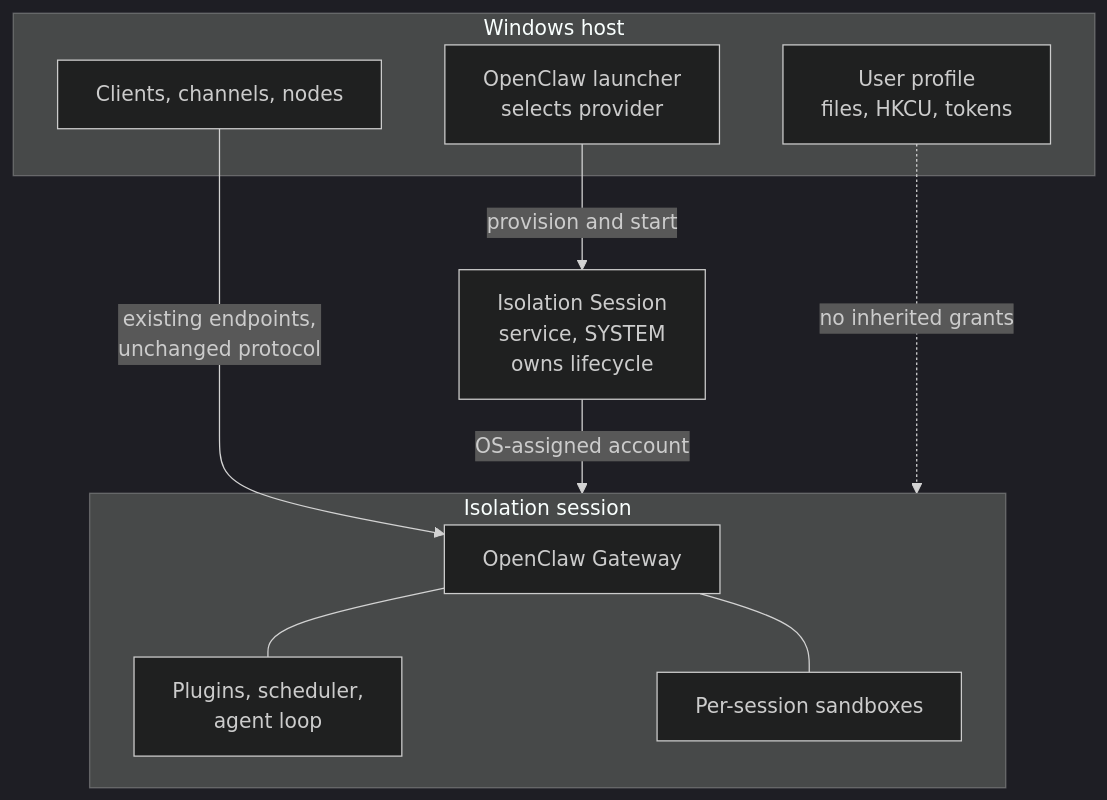
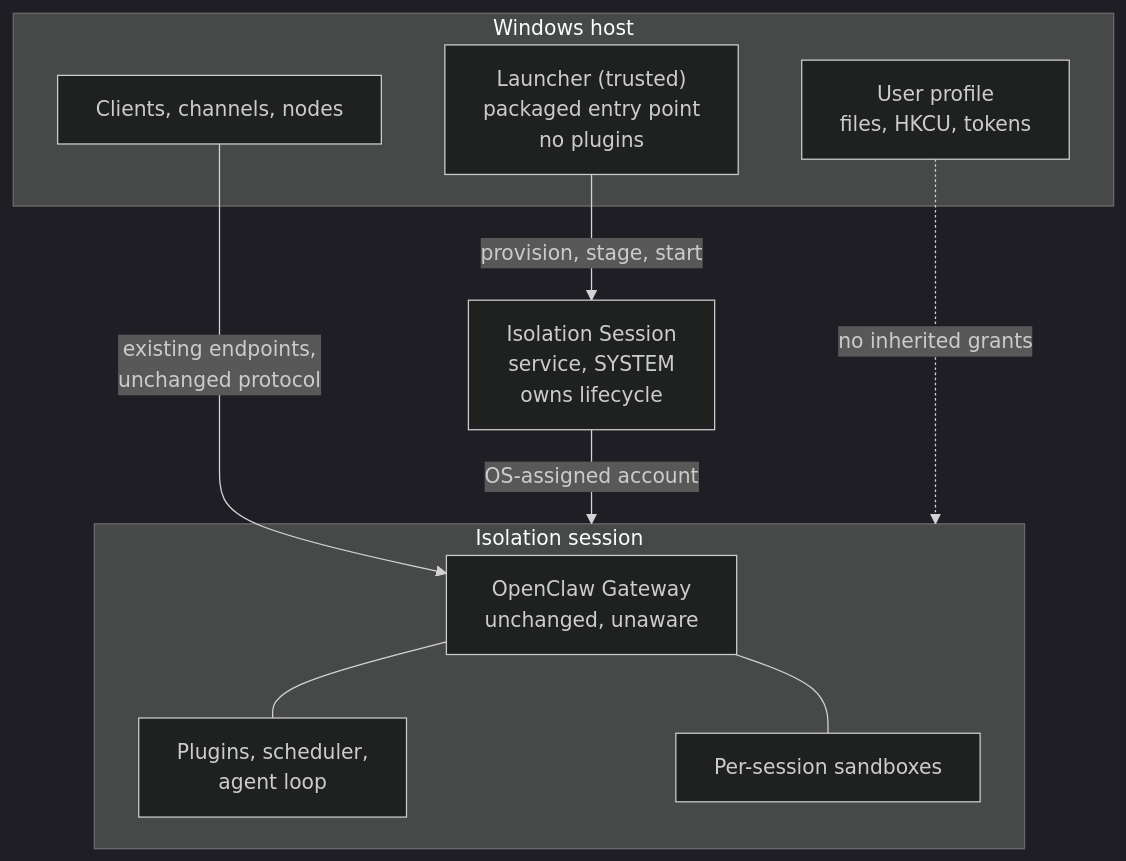
One commit to openclaw/rfcs changed the diagram in rfcs/0032-gateway-containment-windows-isolation-session.md. Above: the diagram before and after it, drawn with Mermaid (dark theme). The commit also changed other lines of this file, not shown here.

````diff
--- a/rfcs/0032-gateway-containment-windows-isolation-session.md
+++ b/rfcs/0032-gateway-containment-windows-isolation-session.md
@@ -323,23 +383,23 @@
 ```mermaid
 flowchart TB
   subgraph host["Windows host"]
     user["User profile<br/>files, HKCU, tokens"]
     client["Clients, channels, nodes"]
-    launcher["OpenClaw launcher<br/>selects provider"]
+    launcher["Launcher (trusted)<br/>packaged entry point<br/>no plugins"]
   end
 
   svc["Isolation Session<br/>service, SYSTEM<br/>owns lifecycle"]
 
   subgraph iso["Isolation session"]
-    gw["OpenClaw Gateway"]
+    gw["OpenClaw Gateway<br/>unchanged, unaware"]
     plugins["Plugins, scheduler,<br/>agent loop"]
     sb["Per-session sandboxes"]
     gw --- plugins
     gw --- sb
   end
 
-  launcher -->|"provision and start"| svc
+  launcher -->|"provision, stage, start"| svc
   svc -->|"OS-assigned account"| iso
   client -->|"existing endpoints,<br/>unchanged protocol"| gw
   user -.->|"no inherited grants"| iso
 ```
````
